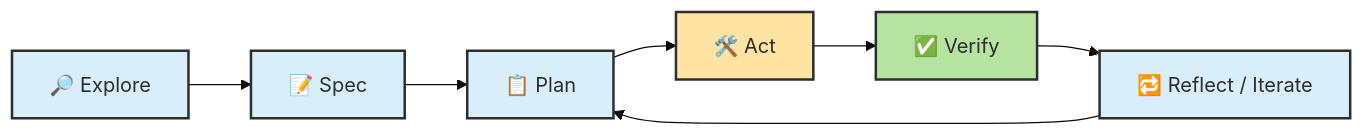
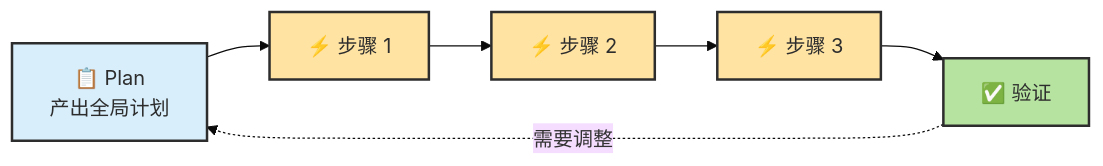
Before and after one commit to zht043/AgenticCodingTutorial: the third of 5 diagrams in docs/chapters/ch10-planning.md, drawn with Mermaid (base theme). The commit also changed other lines of this file and 23 other files, not shown here.

````diff
--- a/docs/chapters/ch10-planning.md
+++ b/docs/chapters/ch10-planning.md
@@ -510,8 +139,9 @@
 ```mermaid
 flowchart LR
-    classDef step fill:#d8eefb,stroke:#2d2d2d,stroke-width:2px,color:#2d2d2d
+    classDef plan fill:#d8eefb,stroke:#2d2d2d,stroke-width:2px,color:#2d2d2d
     classDef act fill:#ffe3a3,stroke:#2d2d2d,stroke-width:2px,color:#2d2d2d
     classDef check fill:#b7e3a1,stroke:#2d2d2d,stroke-width:2px,color:#2d2d2d
 
-    E["🔎 Explore"]:::step --> S["📝 Spec"]:::step --> P["📋 Plan"]:::step --> A["🛠️ Act"]:::act --> V["✅ Verify"]:::check --> R["🔁 Reflect / Iterate"]:::step --> P
+    P["📋 Plan<br/>产出全局计划"]:::plan --> E1["⚡ 步骤 1"]:::act --> E2["⚡ 步骤 2"]:::act --> E3["⚡ 步骤 3"]:::act --> V["✅ 验证"]:::check
+    V -.->|"需要调整"| P
 ```
````
